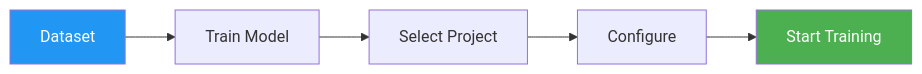
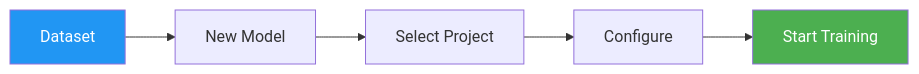
One commit to ultralytics/ultralytics changed the second of 2 diagrams in docs/en/platform/data/datasets.md. Above: the diagram before and after it, drawn with Mermaid. The commit also changed other lines of this file and 18 other files, not shown here.

````diff
--- a/docs/en/platform/data/datasets.md
+++ b/docs/en/platform/data/datasets.md
@@ -460,10 +463,10 @@
 ```mermaid
 graph LR
-    A[Dataset] --> B[Train Model]
+    A[Dataset] --> B[New Model]
     B --> C[Select Project]
     C --> D[Configure]
     D --> E[Start Training]
 
     style A fill:#2196F3,color:#fff
     style E fill:#4CAF50,color:#fff
 ```
````
